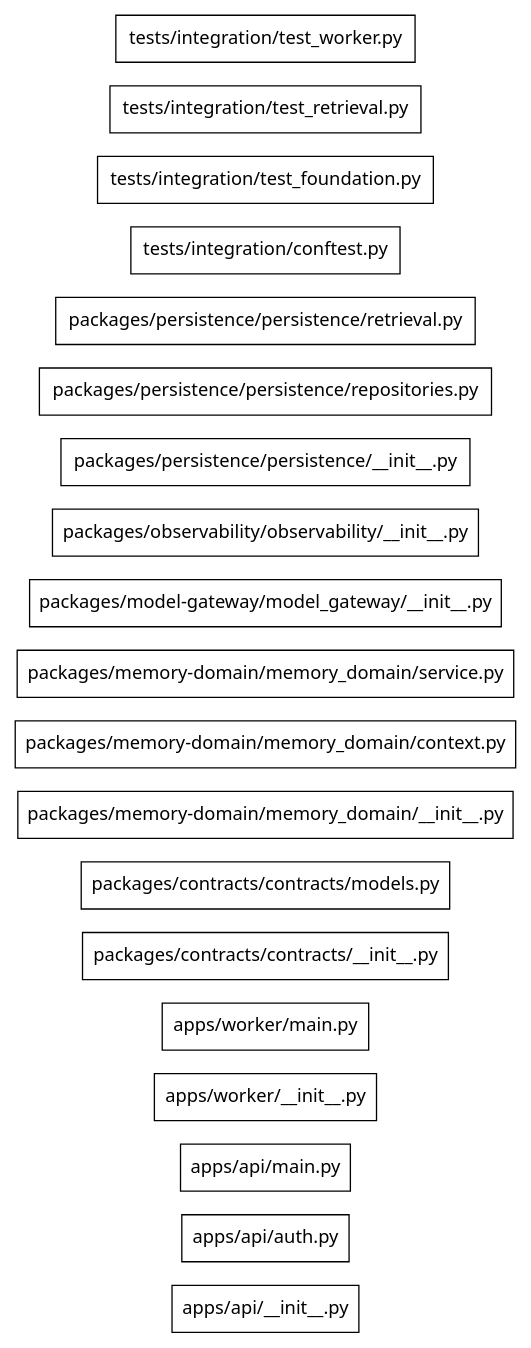
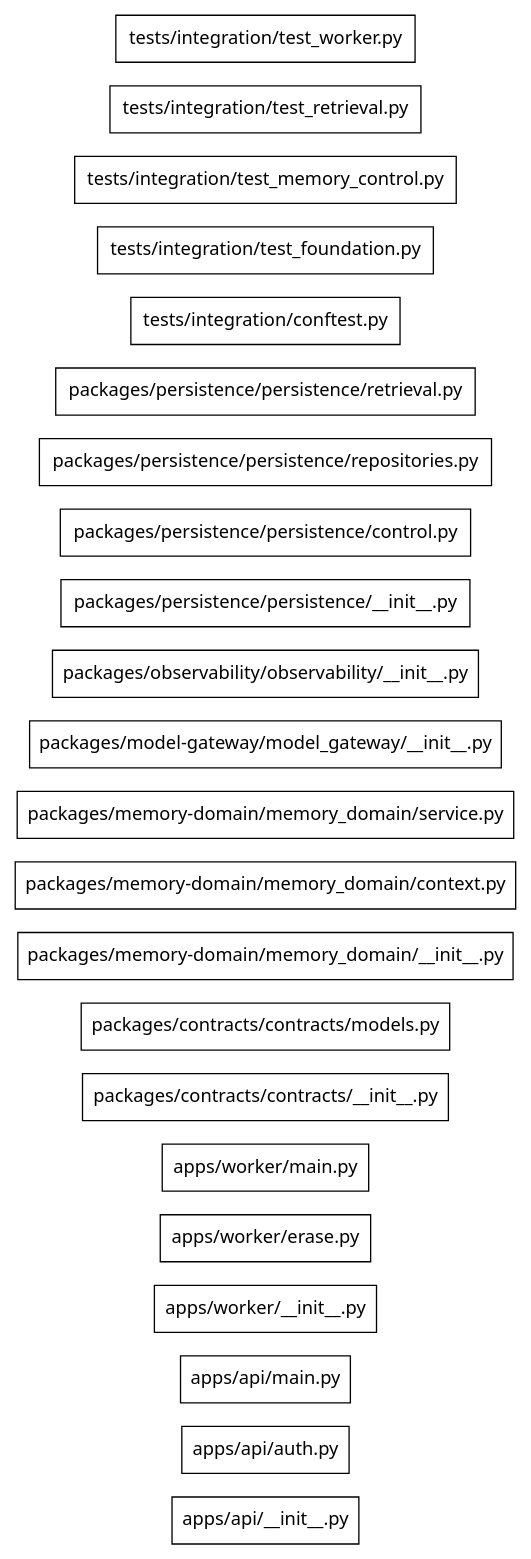
Before and after one commit to Samyak-jain7/agent-memory: the diagram in .genesis/index/graph.dot, drawn with Graphviz. The commit also changed 19 other files, not shown here.

```diff
--- a/.genesis/index/graph.dot
+++ b/.genesis/index/graph.dot
@@ -1,24 +1,27 @@
 digraph genesis {
   rankdir=LR;
   node [shape=box,fontname="system-ui"];
   "file:apps/api/__init__.py" [label="apps/api/__init__.py",class="file"];
   "file:apps/api/auth.py" [label="apps/api/auth.py",class="file"];
   "file:apps/api/main.py" [label="apps/api/main.py",class="file"];
   "file:apps/worker/__init__.py" [label="apps/worker/__init__.py",class="file"];
+  "file:apps/worker/erase.py" [label="apps/worker/erase.py",class="file"];
   "file:apps/worker/main.py" [label="apps/worker/main.py",class="file"];
   "file:packages/contracts/contracts/__init__.py" [label="packages/contracts/contracts/__init__.py",class="file"];
   "file:packages/contracts/contracts/models.py" [label="packages/contracts/contracts/models.py",class="file"];
   "file:packages/memory-domain/memory_domain/__init__.py" [label="packages/memory-domain/memory_domain/__init__.py",class="file"];
   "file:packages/memory-domain/memory_domain/context.py" [label="packages/memory-domain/memory_domain/context.py",class="file"];
   "file:packages/memory-domain/memory_domain/service.py" [label="packages/memory-domain/memory_domain/service.py",class="file"];
   "file:packages/model-gateway/model_gateway/__init__.py" [label="packages/model-gateway/model_gateway/__init__.py",class="file"];
   "file:packages/observability/observability/__init__.py" [label="packages/observability/observability/__init__.py",class="file"];
   "file:packages/persistence/persistence/__init__.py" [label="packages/persistence/persistence/__init__.py",class="file"];
+  "file:packages/persistence/persistence/control.py" [label="packages/persistence/persistence/control.py",class="file"];
   "file:packages/persistence/persistence/repositories.py" [label="packages/persistence/persistence/repositories.py",class="file"];
   "file:packages/persistence/persistence/retrieval.py" [label="packages/persistence/persistence/retrieval.py",class="file"];
   "file:tests/integration/conftest.py" [label="tests/integration/conftest.py",class="file"];
   "file:tests/integration/test_foundation.py" [label="tests/integration/test_foundation.py",class="file"];
+  "file:tests/integration/test_memory_control.py" [label="tests/integration/test_memory_control.py",class="file"];
   "file:tests/integration/test_retrieval.py" [label="tests/integration/test_retrieval.py",class="file"];
   "file:tests/integration/test_worker.py" [label="tests/integration/test_worker.py",class="file"];
 
 }
```
